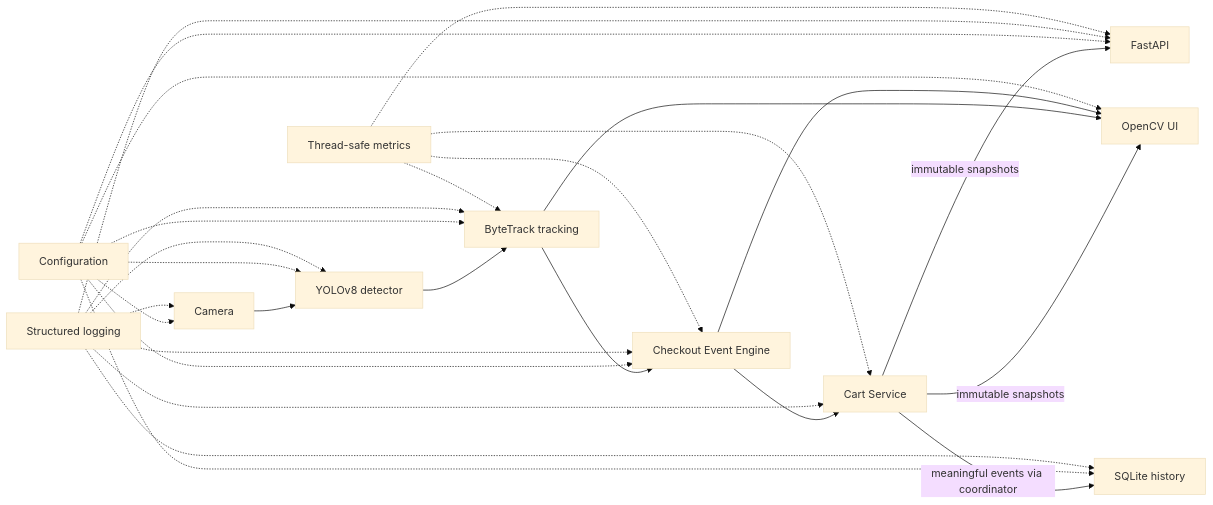
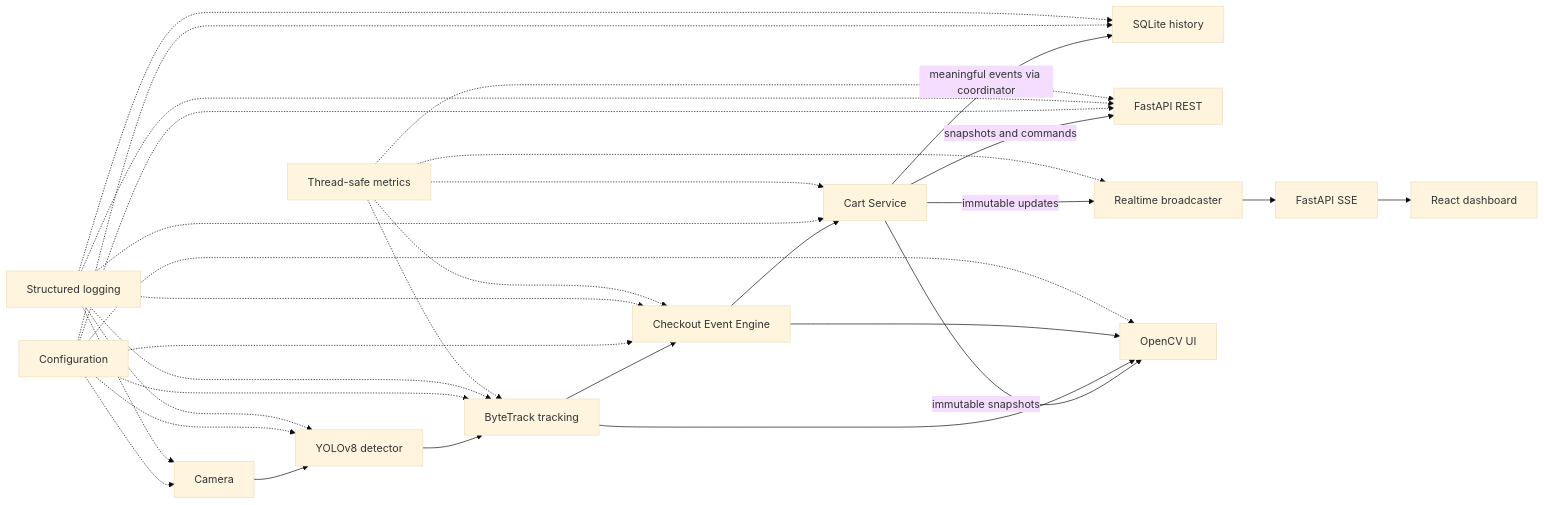
Before and after one commit to SHUBHANGSUDHANSU/smart-retail-checkout: the first of 2 diagrams in docs/ARCHITECTURE.md, drawn with Mermaid (base theme). The commit also changed other lines of this file and 13 other files, not shown here.

````diff
--- a/docs/ARCHITECTURE.md
+++ b/docs/ARCHITECTURE.md
@@ -10,34 +10,38 @@
 ```mermaid
 flowchart LR
     Camera["Camera"] --> YOLO["YOLOv8 detector"]
     YOLO --> ByteTrack["ByteTrack tracking"]
     ByteTrack --> EventEngine["Checkout Event Engine"]
     EventEngine --> Cart["Cart Service"]
 
     Cart -->|"meaningful events via coordinator"| SQLite["SQLite history"]
-    Cart -->|"immutable snapshots"| API["FastAPI"]
+    Cart -->|"snapshots and commands"| API["FastAPI REST"]
+    Cart -->|"immutable updates"| Broadcaster["Realtime broadcaster"]
+    Broadcaster --> SSE["FastAPI SSE"]
+    SSE --> React["React dashboard"]
     Cart -->|"immutable snapshots"| UI["OpenCV UI"]
     ByteTrack --> UI
     EventEngine --> UI
 
     Config["Configuration"] -.-> Camera
     Config -.-> YOLO
     Config -.-> ByteTrack
     Config -.-> EventEngine
     Config -.-> SQLite
     Config -.-> API
     Config -.-> UI
 
     Logging["Structured logging"] -.-> Camera
     Logging -.-> YOLO
     Logging -.-> ByteTrack
     Logging -.-> EventEngine
     Logging -.-> Cart
     Logging -.-> SQLite
     Logging -.-> API
 
     Metrics["Thread-safe metrics"] -.-> ByteTrack
     Metrics -.-> EventEngine
     Metrics -.-> Cart
     Metrics -.-> API
+    Metrics -.-> Broadcaster
 ```
````
